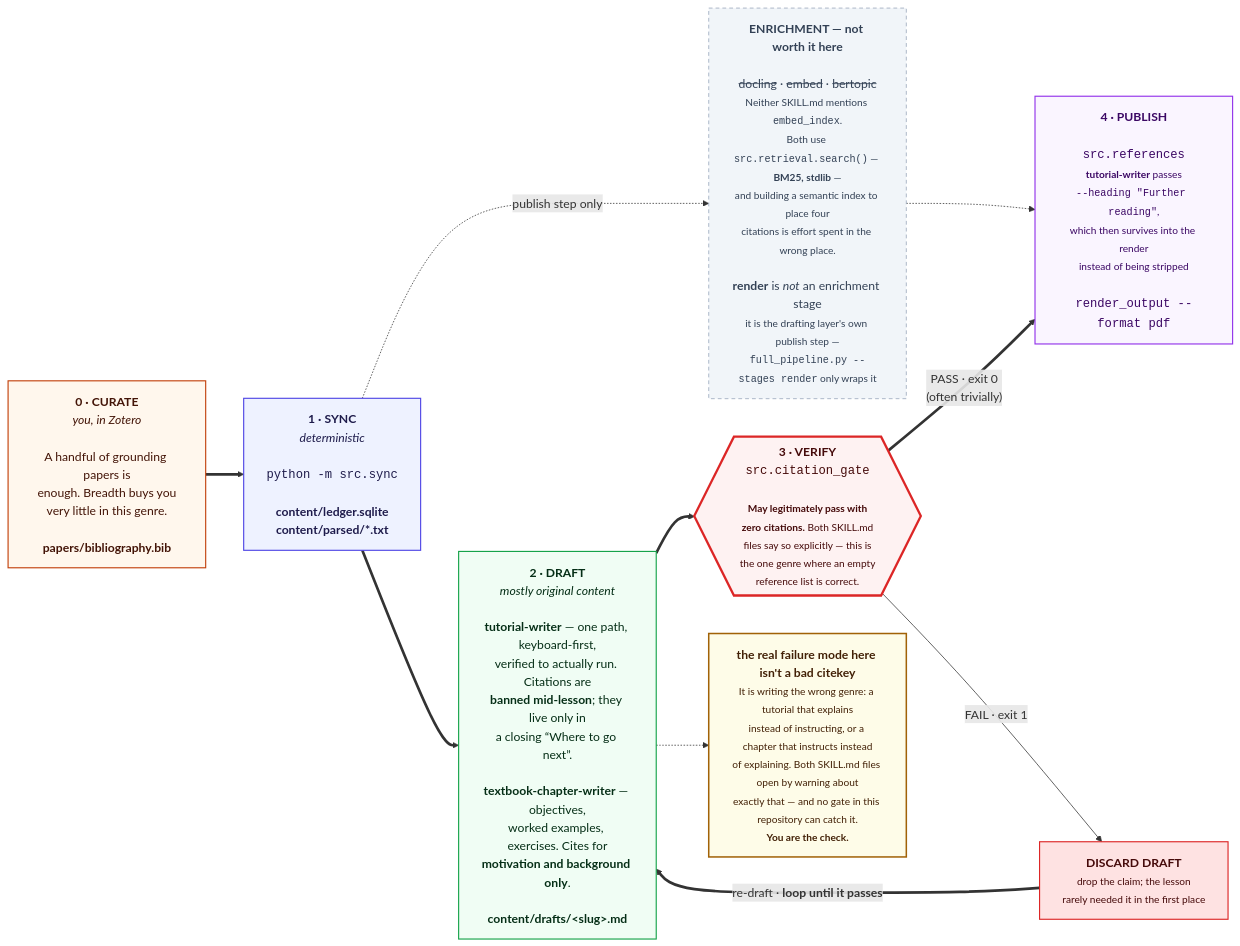
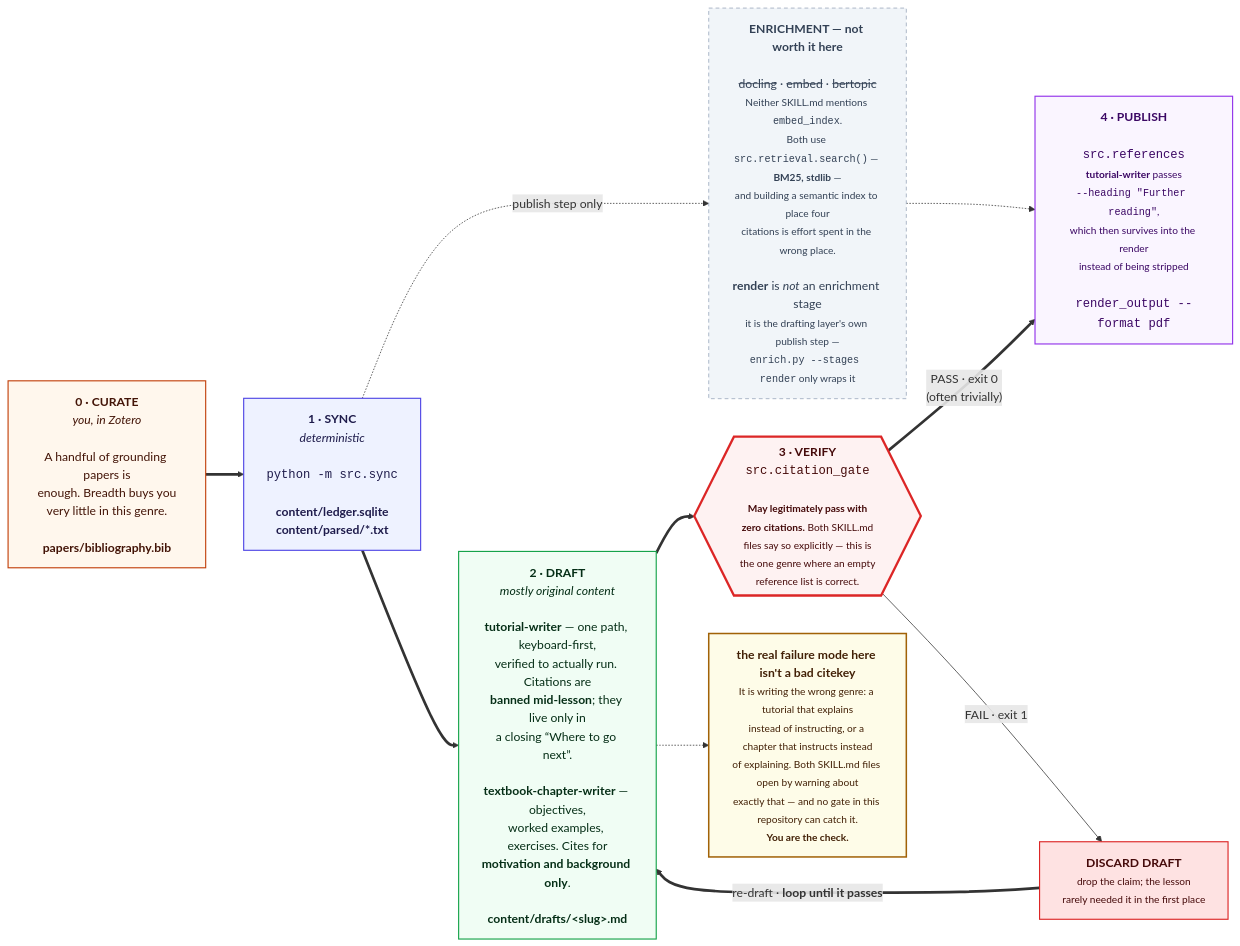
One commit to prasadtalasila/automated-research changed the eighth of 11 diagrams in docs/DIAGRAMS.md. Above: the diagram before and after it, drawn with Mermaid. The commit also changed other lines of this file and 72 other files, not shown here.

````diff
--- a/docs/DIAGRAMS.md
+++ b/docs/DIAGRAMS.md
@@ -702,45 +702,45 @@
 ```mermaid
 flowchart LR
 
   P0["<b>0 · CURATE</b><br/><i>you, in Zotero</i><br/><br/>A handful of grounding papers is<br/>enough. Breadth buys you<br/>very little in this genre.<br/><br/><b>papers/bibliography.bib</b>"]
 
   P1["<b>1 · SYNC</b><br/><i>deterministic</i><br/><br/><code>python -m src.sync</code><br/><br/><b>content/ledger.sqlite</b><br/><b>content/parsed/*.txt</b>"]
 
-  HEAVY["<b>ENRICHMENT — not worth it here</b><br/><br/><s>docling</s> · <s>embed</s> · <s>bertopic</s><br/><small>Neither SKILL.md mentions <code>embed_index</code>.<br/>Both use <code>src.retrieval.search()</code> — <b>BM25, stdlib</b> —<br/>and building a semantic index to place four<br/>citations is effort spent in the wrong place.</small><br/><br/><b>render</b> is <i>not</i> an enrichment stage<br/><small>it is the drafting layer's own publish step —<br/><code>full_pipeline.py --stages render</code> only wraps it</small>"]
+  HEAVY["<b>ENRICHMENT — not worth it here</b><br/><br/><s>docling</s> · <s>embed</s> · <s>bertopic</s><br/><small>Neither SKILL.md mentions <code>embed_index</code>.<br/>Both use <code>src.retrieval.search()</code> — <b>BM25, stdlib</b> —<br/>and building a semantic index to place four<br/>citations is effort spent in the wrong place.</small><br/><br/><b>render</b> is <i>not</i> an enrichment stage<br/><small>it is the drafting layer's own publish step —<br/><code>enrich.py --stages render</code> only wraps it</small>"]
 
   P2["<b>2 · DRAFT</b><br/><i>mostly original content</i><br/><br/><b>tutorial-writer</b> — one path, keyboard-first,<br/>verified to actually run. Citations are<br/><b>banned mid-lesson</b>; they live only in<br/>a closing “Where to go next”.<br/><br/><b>textbook-chapter-writer</b> — objectives,<br/>worked examples, exercises. Cites for<br/><b>motivation and background only</b>.<br/><br/><b>content/drafts/&lt;slug&gt;.md</b>"]
 
   P3{{"<b>3 · VERIFY</b><br/><code>src.citation_gate</code><br/><br/><small><b>May legitimately pass with<br/>zero citations.</b> Both SKILL.md<br/>files say so explicitly — this is<br/>the one genre where an empty<br/>reference list is correct.</small>"}}
 
   FIX["<b>DISCARD DRAFT</b><br/><small>drop the claim; the lesson<br/>rarely needed it in the first place</small>"]
 
   P4["<b>4 · PUBLISH</b><br/><br/><code>src.references</code><br/><small><b>tutorial-writer</b> passes<br/><code>--heading &quot;Further reading&quot;</code>,<br/>which then survives into the render<br/>instead of being stripped</small><br/><br/><code>render_output --format pdf</code>"]
 
   RISK["<b>the real failure mode here isn't a bad citekey</b><br/><small>It is writing the wrong genre: a tutorial that explains<br/>instead of instructing, or a chapter that instructs instead<br/>of explaining. Both SKILL.md files open by warning about<br/>exactly that — and no gate in this repository can catch it.<br/><b>You are the check.</b></small>"]
 
   P0 ==> P1 ==> P2 ==> P3
   P1 -. "publish step only" .-> HEAVY
   HEAVY -.-> P4
   P3 == "PASS · exit 0<br/>(often trivially)" ==> P4
   P3 -- "FAIL · exit 1" --> FIX
   FIX == "re-draft · <b>loop until it passes</b>" ==> P2
   P2 -.-> RISK
 
   classDef you fill:#fff7ed,stroke:#c2410c,stroke-width:1.5px,color:#431407
   classDef det fill:#eef2ff,stroke:#4f46e5,stroke-width:1.5px,color:#1e1b4b
   classDef gen fill:#f0fdf4,stroke:#16a34a,stroke-width:1.5px,color:#052e16
   classDef gate fill:#fef2f2,stroke:#dc2626,stroke-width:3px,color:#450a0a
   classDef out fill:#faf5ff,stroke:#9333ea,stroke-width:1.5px,color:#3b0764
   classDef bad fill:#fee2e2,stroke:#dc2626,stroke-width:1.5px,color:#450a0a
   classDef off fill:#f1f5f9,stroke:#94a3b8,stroke-dasharray:5 4,color:#334155
   classDef risk fill:#fefce8,stroke:#a16207,stroke-width:2px,color:#422006
 
   class P0 you
   class P1 det
   class P2 gen
   class P3 gate
   class P4 out
   class FIX bad
   class HEAVY off
   class RISK risk
 ```
````
